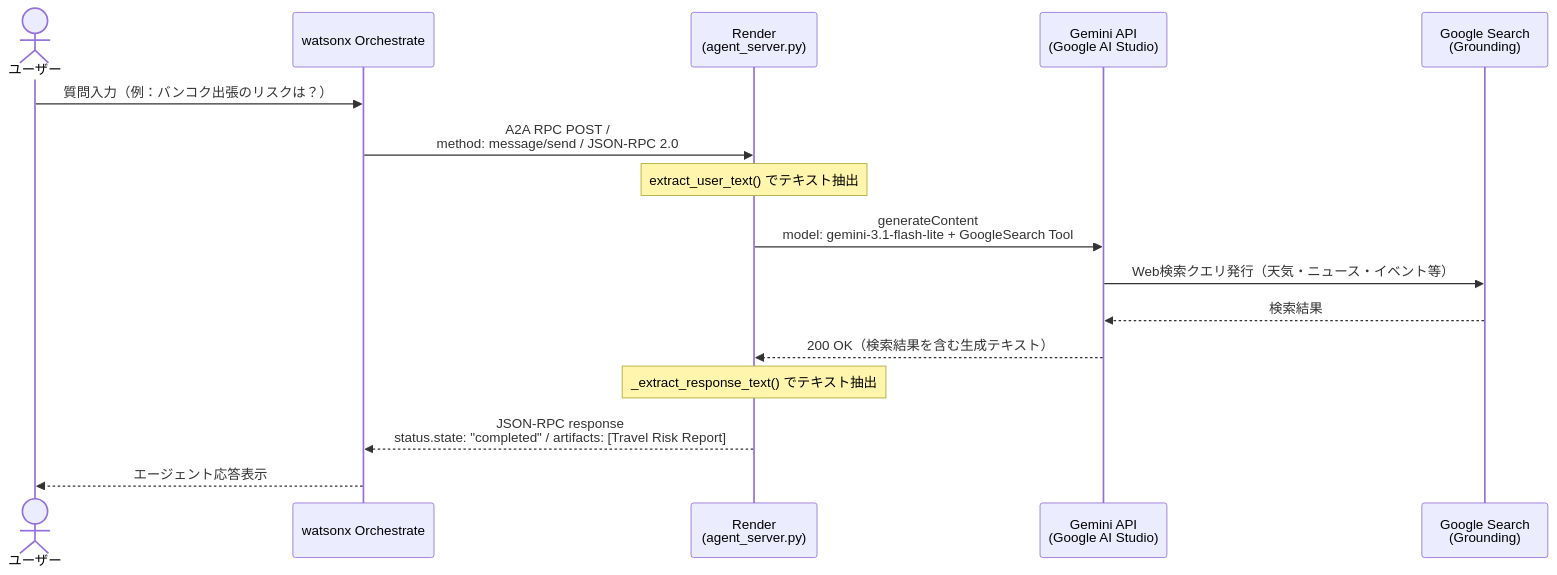
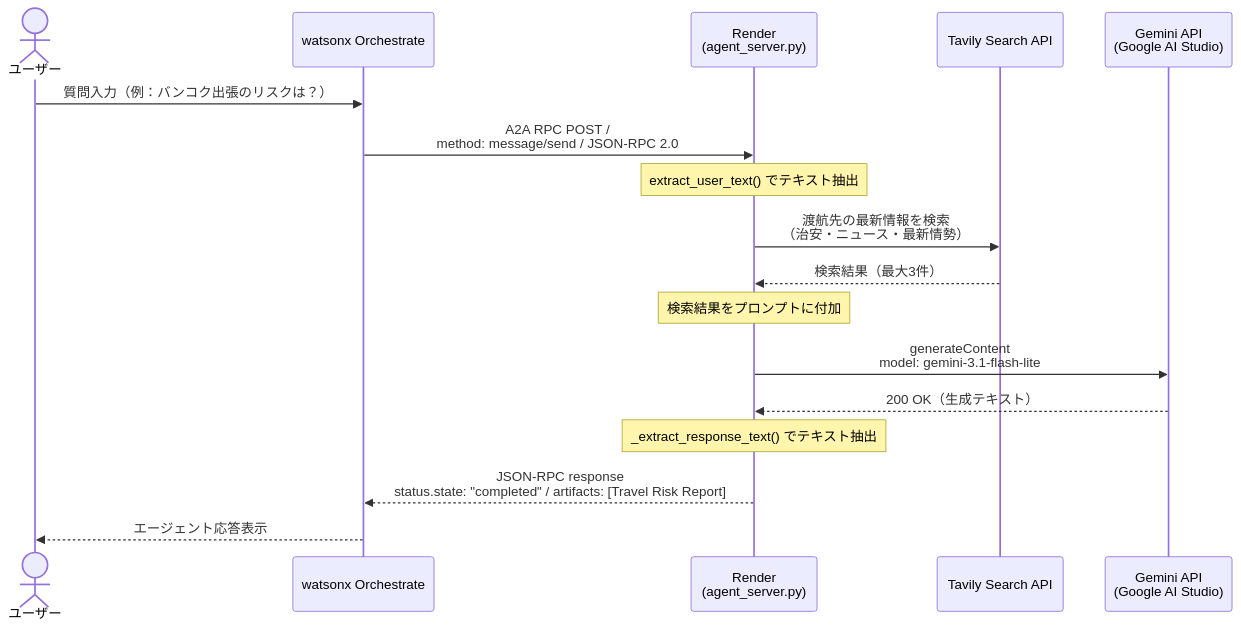
The diagram in handover.md (matsuo-iguazu/wxo-a2a-demo), drawn with Mermaid before and after one commit. The commit also changed other lines of this file, not shown here.

Commit message:
Update handover.md: reflect Tavily integration, topology, and current status

````diff
--- a/handover.md
+++ b/handover.md
@@ -10,19 +10,20 @@
 ```mermaid
 sequenceDiagram
     actor User as ユーザー
     participant wxO as watsonx Orchestrate
     participant Render as Render<br/>(agent_server.py)
+    participant Tavily as Tavily Search API
     participant GeminiAPI as Gemini API<br/>(Google AI Studio)
-    participant Search as Google Search<br/>(Grounding)
 
     User->>wxO: 質問入力（例：バンコク出張のリスクは？）
     wxO->>Render: A2A RPC POST /<br/>method: message/send / JSON-RPC 2.0
     Note over Render: extract_user_text() でテキスト抽出
-    Render->>GeminiAPI: generateContent<br/>model: gemini-3.1-flash-lite + GoogleSearch Tool
-    GeminiAPI->>Search: Web検索クエリ発行（天気・ニュース・イベント等）
-    Search-->>GeminiAPI: 検索結果
-    GeminiAPI-->>Render: 200 OK（検索結果を含む生成テキスト）
+    Render->>Tavily: 渡航先の最新情報を検索<br/>（治安・ニュース・最新情勢）
+    Tavily-->>Render: 検索結果（最大3件）
+    Note over Render: 検索結果をプロンプトに付加
+    Render->>GeminiAPI: generateContent<br/>model: gemini-3.1-flash-lite
+    GeminiAPI-->>Render: 200 OK（生成テキスト）
     Note over Render: _extract_response_text() でテキスト抽出
     Render-->>wxO: JSON-RPC response<br/>status.state: "completed" / artifacts: [Travel Risk Report]
     wxO-->>User: エージェント応答表示
 ```
````
